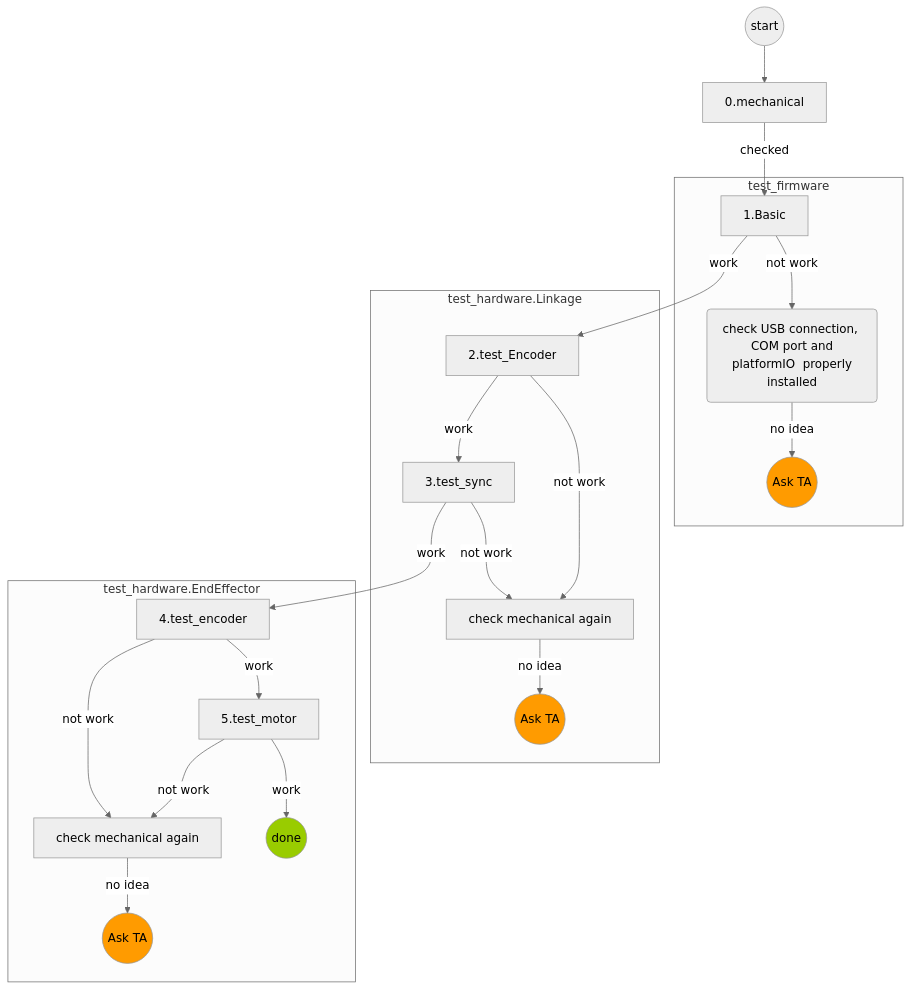
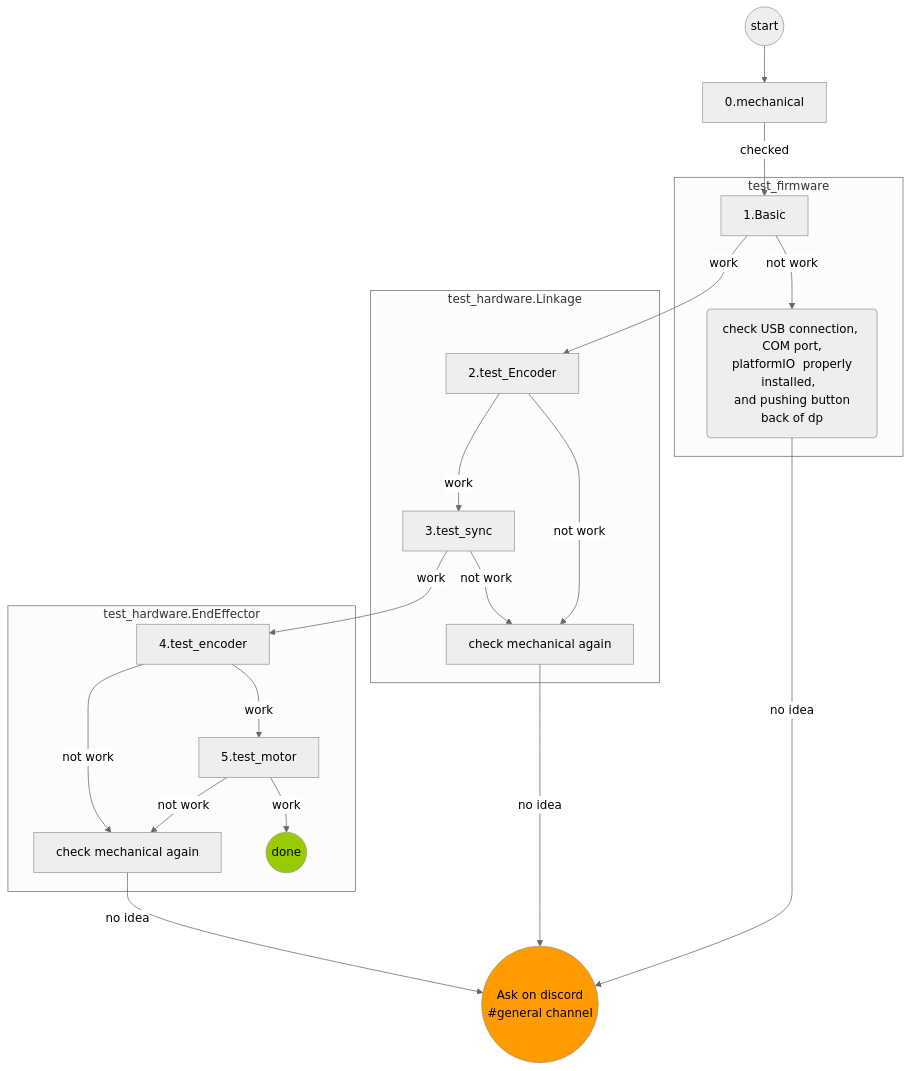
The diagram in Readme.md (Jogius/dualpanto-testing), drawn with Mermaid before and after one commit. The commit also changed other lines of this file and 206 other files, not shown here.

````diff
--- a/Readme.md
+++ b/Readme.md
@@ -56,39 +64,42 @@
 ```mermaid
 %%{init: {'theme': 'neutral' } }%%
 flowchart TD;
     ST((start)) --> MC[0.mechanical];
     MC -- checked --> FB;
     
     subgraph  test_firmware
     FB[1.Basic];
-    FB -- not work --> CH(check USB connection, <br> COM port and <br> platformIO  properly installed)
-    CH -- no idea --> TA0((Ask TA))
+    FB -- not work --> CH(check USB connection, <br> COM port, <br> platformIO  properly installed,  <br> and pushing button back of dp)
+    
     end
     
     FB -- work -->  LTE[2.test_Encoder]
 
     subgraph test_hardware.Linkage
     LTE -- work -->LTS[3.test_sync];
     LTE-- not work -->  MC1[check mechanical again]
     LTS -- not work --> MC1
-    MC1 -- no idea --> TA1((Ask TA))
+    
     end
     
     subgraph test_hardware.EndEffector
     LTS -- work --> EETE[4.test_encoder]
     EETE -- work --> EETM[5.test_motor]
     EETM -- not work -->MC2
+    EETE -- not work --> MC2[check mechanical again]
     EETM -- work --> DONE((done))
-    EETE -- not work --> MC2[check mechanical again]
-    MC2 -- no idea --> TA2((Ask TA))
+   
+    
     end
     
-    style TA0 fill:#FF9B00
-    style TA1 fill:#FF9B00
-    style TA2 fill:#FF9B00
+    CH -- no idea --> TA((Ask on discord <br> #general channel))
+    MC1 -- no idea --> TA
+    MC2 -- no idea --> TA
+    
+    style TA fill:#FF9B00
     style DONE fill:#99CC00
     
     click LE "https://github.com/HassoPlattnerInstituteHCI/unity-dualpanto-toolkit/blob/develop/README.md"
     click TA "https://discord.com"
     click MC "https://discord.com"
 ```
````
